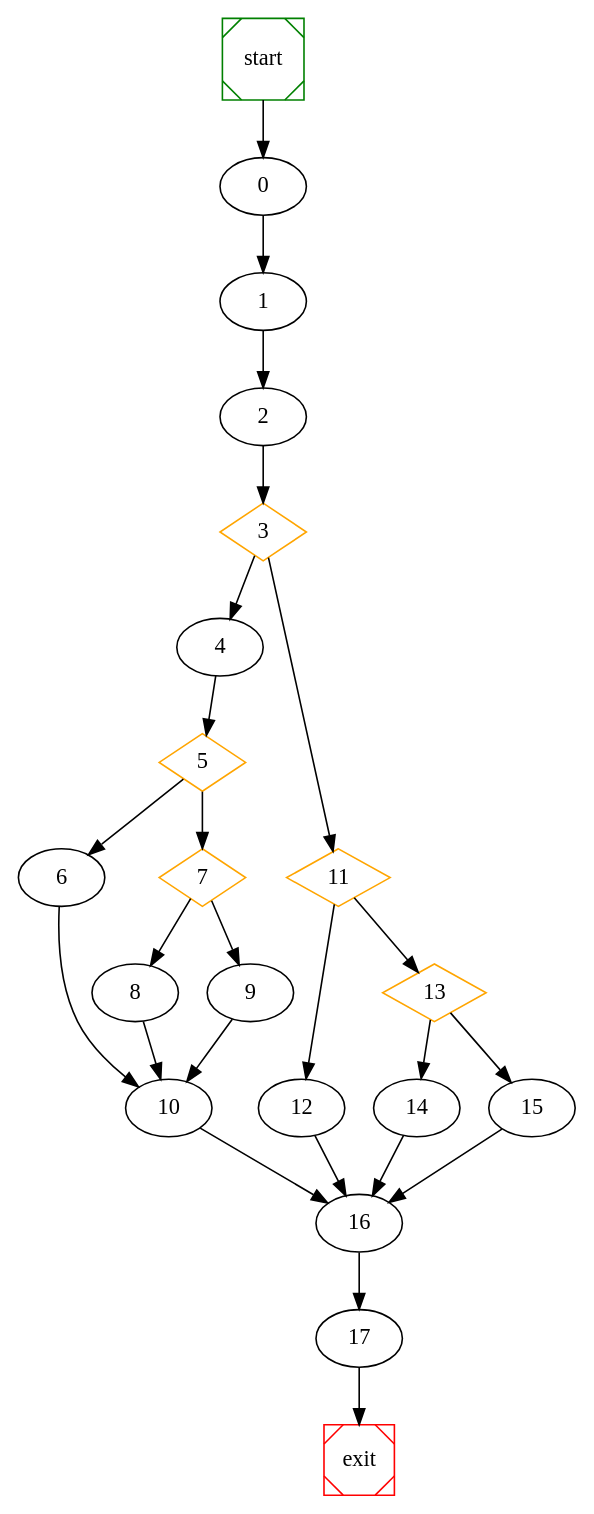
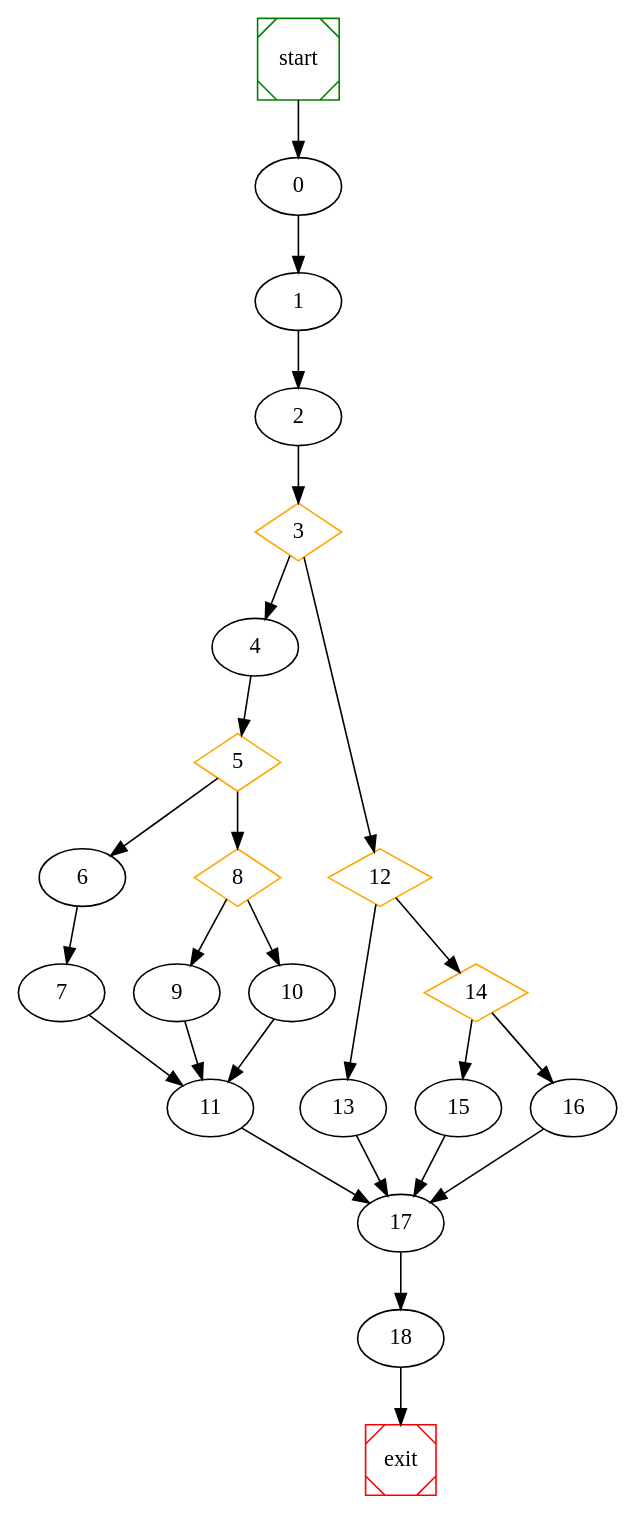
The diagram in cnf/raw_graph.dot (NabeelQaiser/BTP_2k18-19), drawn with Graphviz before and after one commit. The commit also changed 4 other files, not shown here.

```diff
--- a/cnf/raw_graph.dot
+++ b/cnf/raw_graph.dot
@@ -1,36 +1,37 @@
 # dot file created at runtime
 
 digraph G {
 	start -> 0;
 	0 -> 1 ;
 	1 -> 2 ;
 	3 [shape=diamond, color=orange] ;
 	5 [shape=diamond, color=orange] ;
+	6 -> 7 ;
 	5 -> 6 ;
-	7 [shape=diamond, color=orange] ;
-	5 -> 7 ;
-	7 -> 8 ;
-	7 -> 9 ;
+	8 [shape=diamond, color=orange] ;
+	5 -> 8 ;
+	8 -> 9 ;
+	8 -> 10 ;
 	4 -> 5 ;
-	6 -> 10 ;
-	8 -> 10 ;
-	9 -> 10 ;
+	7 -> 11 ;
+	10 -> 11 ;
+	9 -> 11 ;
 	3 -> 4 ;
-	11 [shape=diamond, color=orange] ;
-	3 -> 11 ;
-	11 -> 12 ;
-	13 [shape=diamond, color=orange] ;
-	11 -> 13 ;
-	13 -> 14 ;
-	13 -> 15 ;
+	12 [shape=diamond, color=orange] ;
+	3 -> 12 ;
+	12 -> 13 ;
+	14 [shape=diamond, color=orange] ;
+	12 -> 14 ;
+	14 -> 15 ;
+	14 -> 16 ;
 	2 -> 3 ;
-	14 -> 16 ;
-	15 -> 16 ;
-	10 -> 16 ;
-	12 -> 16 ;
+	15 -> 17 ;
 	16 -> 17 ;
-	17 -> exit;
+	13 -> 17 ;
+	11 -> 17 ;
+	17 -> 18 ;
+	18 -> exit;
 
 	start [shape=Msquare, color=green];
 	exit [shape=Msquare, color=red];
 }
```
